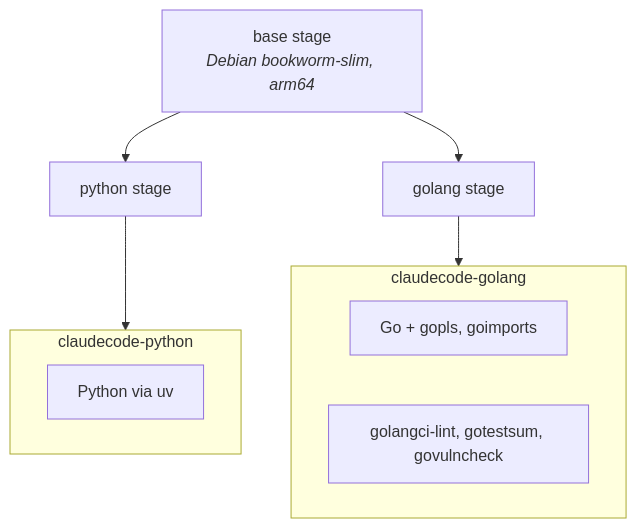
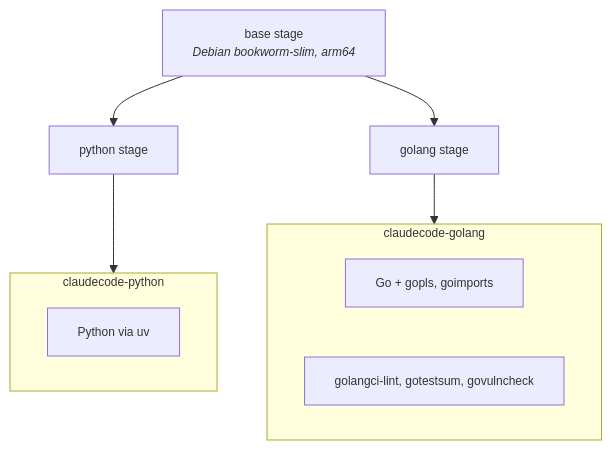
One commit to chew-z/Container changed the second of 2 diagrams in README.md. Above: the diagram before and after it, drawn with Mermaid. The commit also changed other lines of this file and 8 other files, not shown here.

````diff
--- a/README.md
+++ b/README.md
@@ -64,17 +67,18 @@
 ```mermaid
+%%{init: {"themeVariables": {"fontSize": "12px"}}}%%
 flowchart TB
     Base["base stage<br/><i>Debian bookworm-slim, arm64</i>"] --> Python["python stage"]
     Base --> Golang["golang stage"]
 
     subgraph python_img["claudecode-python"]
         P1["Python via uv"]
     end
 
     subgraph golang_img["claudecode-golang"]
         G1["Go + gopls, goimports"]
         G2["golangci-lint, gotestsum, govulncheck"]
     end
 
     Python --> python_img
     Golang --> golang_img
 ```
````
